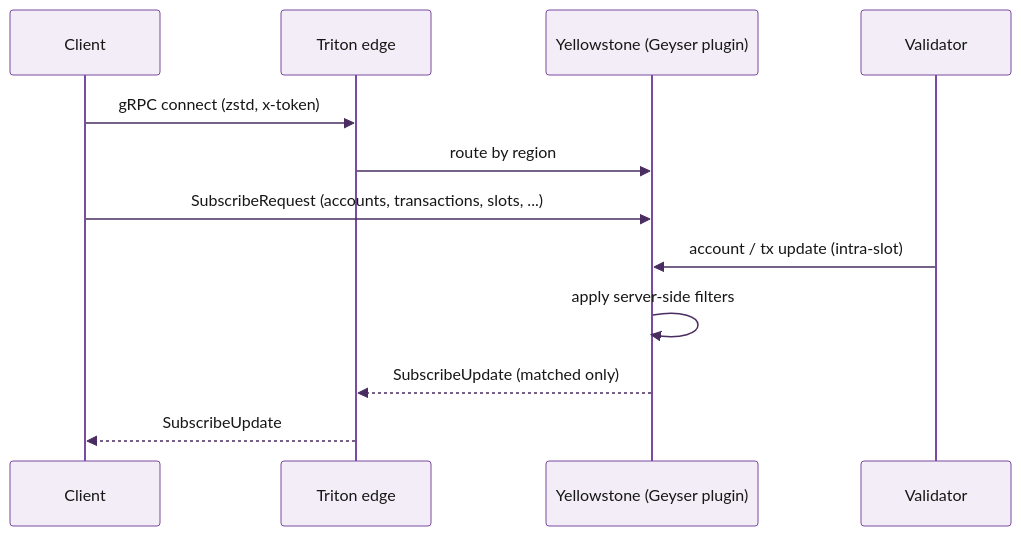
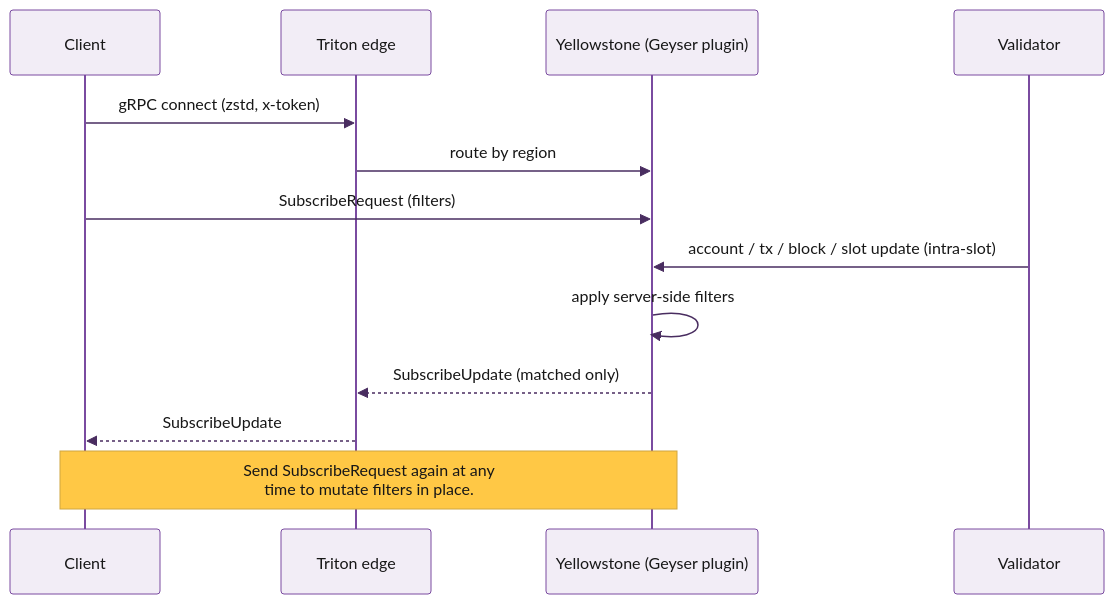
The diagram in solana/streaming/dragons-mouth/overview.mdx (kshyndina/docs), drawn with Mermaid before and after one commit. The commit also changed other lines of this file and 21 other files, not shown here.

````diff
--- a/solana/streaming/dragons-mouth/overview.mdx
+++ b/solana/streaming/dragons-mouth/overview.mdx
@@ -42,15 +48,16 @@
 ```mermaid
 %%{init: {'theme':'base','themeVariables':{'primaryColor':'#F2EDF6','primaryBorderColor':'#7A4BA0','primaryTextColor':'#171717','lineColor':'#956FB3','secondaryColor':'#E4DBEC','tertiaryColor':'#D7C9E3','noteBkgColor':'#FFC845','noteTextColor':'#171717','actorBkg':'#F2EDF6','actorBorder':'#7A4BA0','signalColor':'#492D60','labelBoxBkgColor':'#7A4BA0','labelTextColor':'#F7F7F7'}}}%%
 sequenceDiagram
     participant Client
     participant Edge as Triton edge
     participant Geyser as Yellowstone (Geyser plugin)
     participant Validator
     Client->>Edge: gRPC connect (zstd, x-token)
     Edge->>Geyser: route by region
-    Client->>Geyser: SubscribeRequest (accounts, transactions, slots, ...)
-    Validator->>Geyser: account / tx update (intra-slot)
+    Client->>Geyser: SubscribeRequest (filters)
+    Validator->>Geyser: account / tx / block / slot update (intra-slot)
     Geyser->>Geyser: apply server-side filters
     Geyser-->>Edge: SubscribeUpdate (matched only)
     Edge-->>Client: SubscribeUpdate
+    Note over Client,Geyser: Send SubscribeRequest again at any<br/>time to mutate filters in place.
 ```
````
